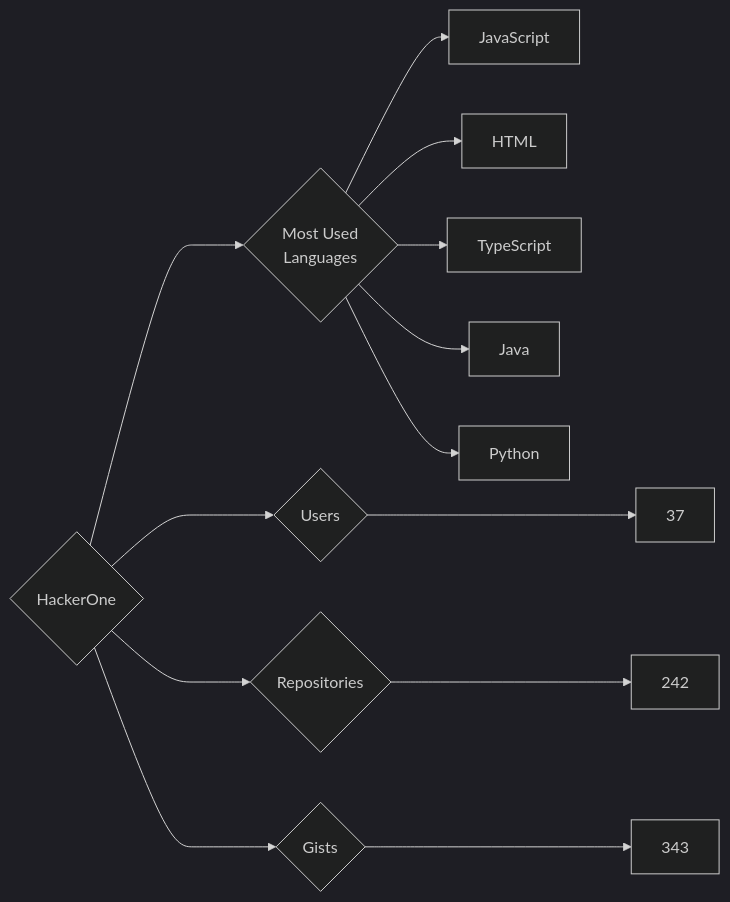
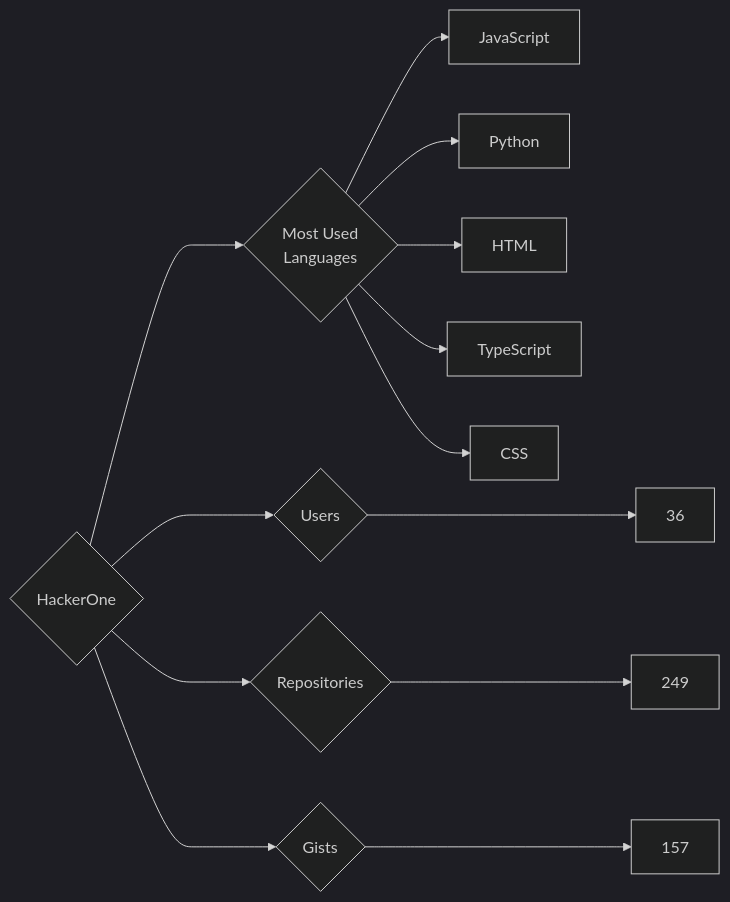
Before and after one commit to trickest/insiders: the diagram in targets/HackerOne/README.md, drawn with Mermaid (dark theme). The commit also changed 639 other files, not shown here.

````diff
--- a/targets/HackerOne/README.md
+++ b/targets/HackerOne/README.md
@@ -3,13 +3,13 @@
 ```mermaid
 graph LR
 COMPANY_NAME{HackerOne}
-COMPANY_NAME ---> U{Users} ---> UN[37]
-COMPANY_NAME ---> R{Repositories} ---> RN[242]
-COMPANY_NAME ---> G{Gists} ---> GN[343]
+COMPANY_NAME ---> U{Users} ---> UN[36]
+COMPANY_NAME ---> R{Repositories} ---> RN[249]
+COMPANY_NAME ---> G{Gists} ---> GN[157]
 COMPANY_NAME ---> ML{Most Used<br>Languages}
 ML --> JavaScript[JavaScript]
+ML --> Python[Python]
 ML --> HTML[HTML]
 ML --> TypeScript[TypeScript]
-ML --> Java[Java]
-ML --> Python[Python]
+ML --> CSS[CSS]
 ```
````
